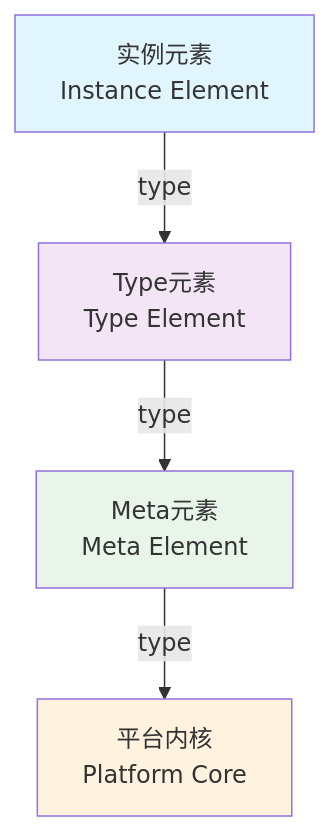
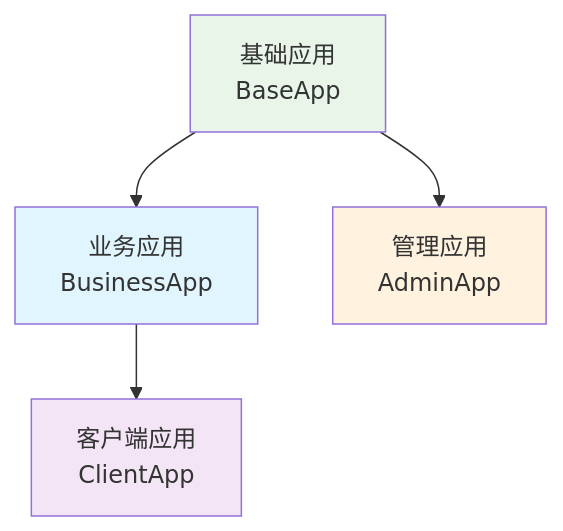
One commit to jitai-team/jitai-docs changed the first of 2 diagrams in docs/tutorial/01概述/01JAAP.md. Above: the diagram before and after it, drawn with Mermaid. The commit also changed other lines of this file and 6 other files, not shown here.

````diff
--- a/docs/tutorial/01概述/01JAAP.md
+++ b/docs/tutorial/01概述/01JAAP.md
@@ -158,16 +121,16 @@
-```mermaid title="元素分层示意图"
+```mermaid title="应用继承关系图"
 graph TB
-    A[实例元素<br/>Instance Element] -->|type| B[Type元素<br/>Type Element]
-    B -->|type| C[Meta元素<br/>Meta Element]
-    C -->|type| D[平台内核<br/>Platform Core]
+    A[基础应用<br/>BaseApp] --> B[业务应用<br/>BusinessApp]
+    A --> C[管理应用<br/>AdminApp]
+    B --> D[客户端应用<br/>ClientApp]
     
-    classDef instance fill:#e1f5fe
-    classDef type fill:#f3e5f5
-    classDef meta fill:#e8f5e8
-    classDef core fill:#fff3e0
+    classDef base fill:#e8f5e8
+    classDef business fill:#e1f5fe  
+    classDef admin fill:#fff3e0
+    classDef client fill:#f3e5f5
     
-    class A instance
-    class B type
-    class C meta
-    class D core
+    class A base
+    class B business
+    class C admin
+    class D client
 ```
````
